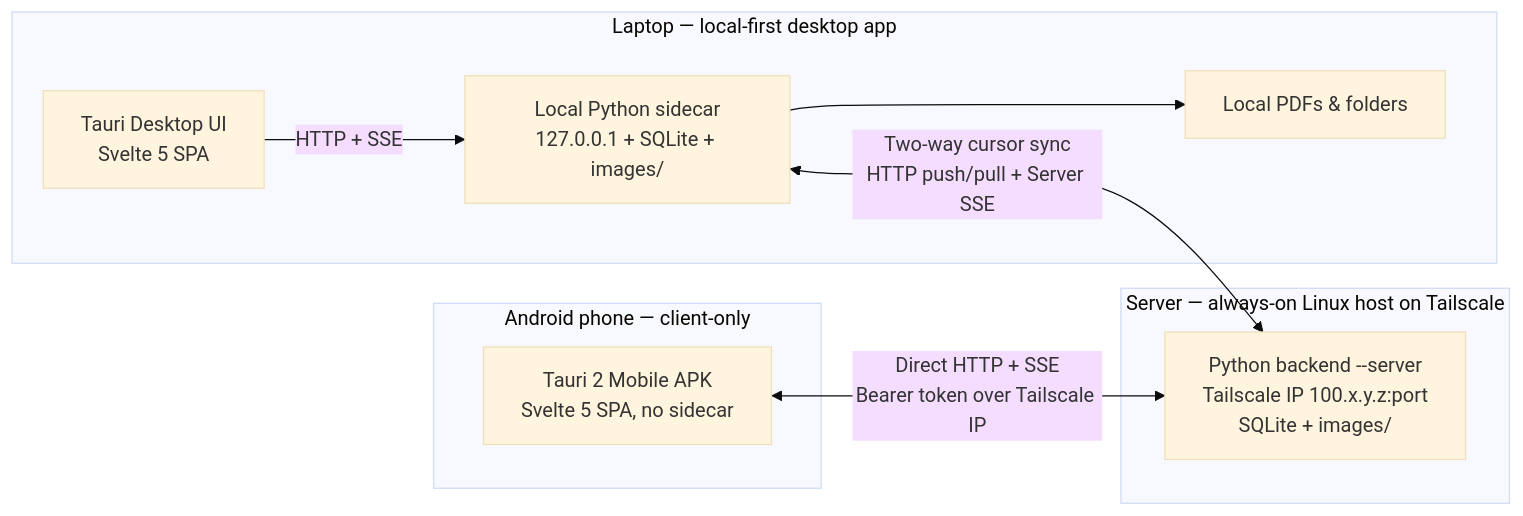
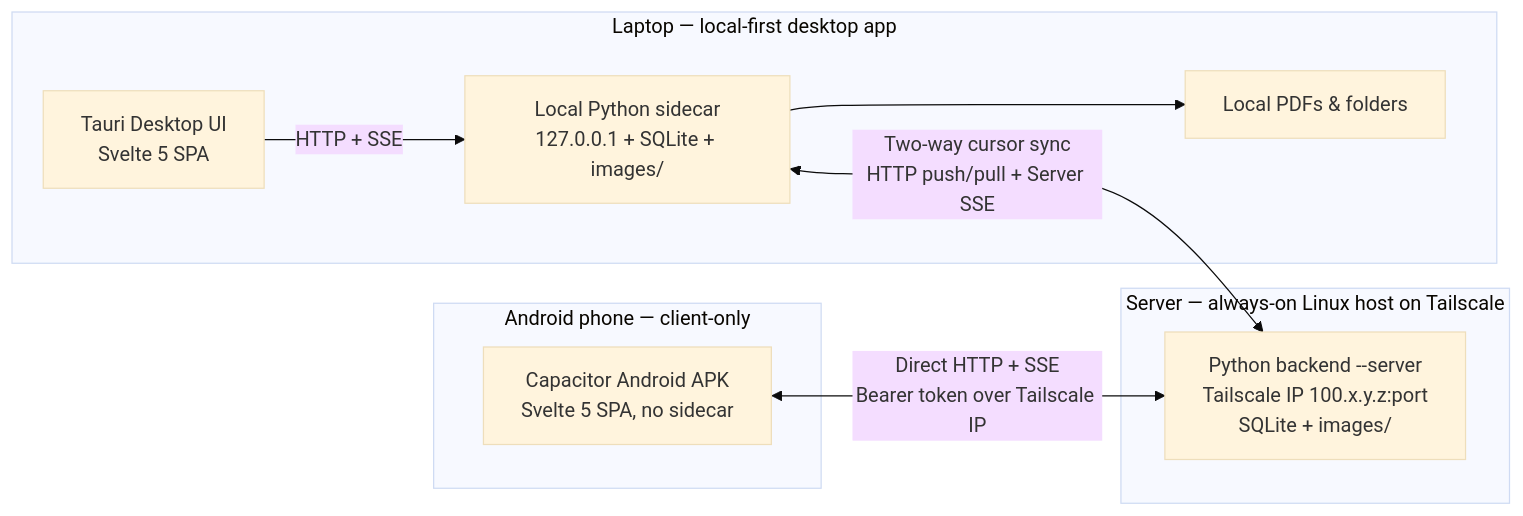
The diagram in docs/plans/mobile-and-sync.md (KinslyIV/Verstehen), drawn with Mermaid (base theme) before and after one commit. The commit also changed other lines of this file and 2 other files, not shown here.

First line of the commit message:
Switch the Android app in the Milestone D plan to Capacitor

````diff
--- a/docs/plans/mobile-and-sync.md
+++ b/docs/plans/mobile-and-sync.md
@@ -14,21 +14,21 @@
 ```mermaid
 flowchart LR
   subgraph Laptop[Laptop — local-first desktop app]
     LUI[Tauri Desktop UI<br/>Svelte 5 SPA]
     LAPI[Local Python sidecar<br/>127.0.0.1 + SQLite + images/]
     LFiles[Local PDFs & folders]
     LUI -- HTTP + SSE --> LAPI
     LAPI --> LFiles
   end
 
   subgraph Server[Server — always-on Linux host on Tailscale]
     SAPI[Python backend --server<br/>Tailscale IP 100.x.y.z:port<br/>SQLite + images/]
   end
 
   subgraph Phone[Android phone — client-only]
-    MUI[Tauri 2 Mobile APK<br/>Svelte 5 SPA, no sidecar]
+    MUI[Capacitor Android APK<br/>Svelte 5 SPA, no sidecar]
   end
 
   LAPI <-- Two-way cursor sync<br/>HTTP push/pull + Server SSE --> SAPI
   MUI <-- Direct HTTP + SSE<br/>Bearer token over Tailscale IP --> SAPI
 ```
````
